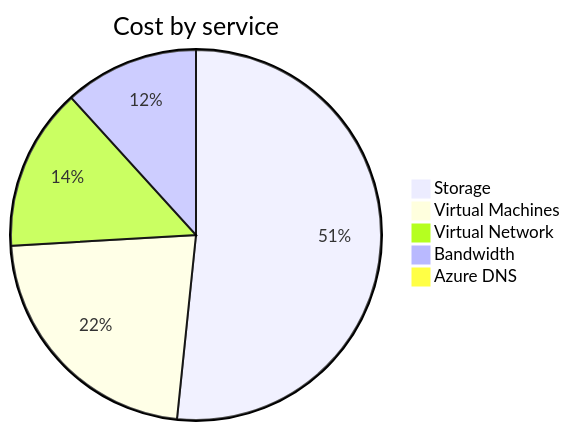
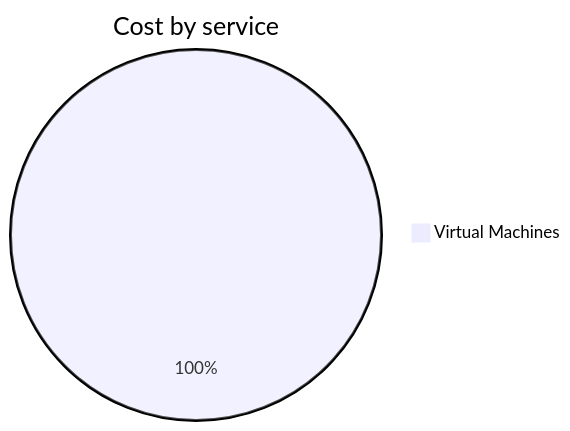
The second of 4 diagrams in cost-reports/personal-network/README.md (jpfulton/azure-personal-reports), drawn with Mermaid before and after one commit. The commit also changed other lines of this file and 8 other files, not shown here.

````diff
--- a/cost-reports/personal-network/README.md
+++ b/cost-reports/personal-network/README.md
@@ -97,9 +35,5 @@
 ```mermaid
 pie
    title Cost by service
-   "Storage" : 25.21
-   "Virtual Machines" : 10.95
-   "Virtual Network" : 6.93
-   "Bandwidth" : 5.73
-   "Azure DNS" : 0.47
+   "Virtual Machines" : 0.10
 ```
````
